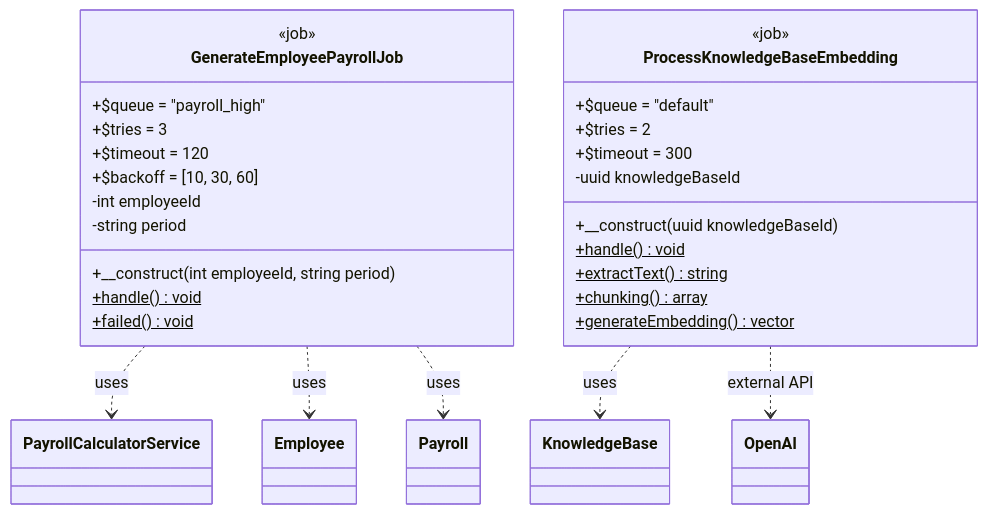
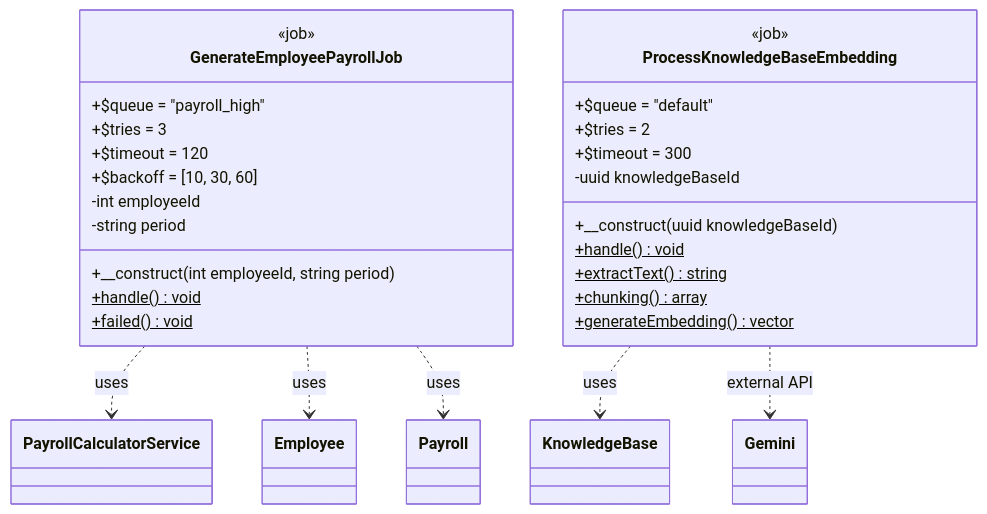
The third of 7 diagrams in docs/architecture/class-diagram.md (Merger2/hrconnect), drawn with Mermaid before and after one commit. The commit also changed other lines of this file and 23 other files, not shown here.

````diff
--- a/docs/architecture/class-diagram.md
+++ b/docs/architecture/class-diagram.md
@@ -587,36 +587,36 @@
 ```mermaid
 classDiagram
     class GenerateEmployeePayrollJob {
         <<job>>
         +$queue = "payroll_high"
         +$tries = 3
         +$timeout = 120
         +$backoff = [10, 30, 60]
         -int employeeId
         -string period
         +__construct(int employeeId, string period)
         +handle()$ void
         +failed()$ void
     }
     
     class ProcessKnowledgeBaseEmbedding {
         <<job>>
         +$queue = "default"
         +$tries = 2
         +$timeout = 300
         -uuid knowledgeBaseId
         +__construct(uuid knowledgeBaseId)
         +handle()$ void
         +extractText()$ string
         +chunking()$ array
         +generateEmbedding()$ vector
     }
     
     %% Dependencies
     GenerateEmployeePayrollJob ..> PayrollCalculatorService : uses
     GenerateEmployeePayrollJob ..> Employee : uses
     GenerateEmployeePayrollJob ..> Payroll : uses
     
     ProcessKnowledgeBaseEmbedding ..> KnowledgeBase : uses
-    ProcessKnowledgeBaseEmbedding ..> OpenAI : external API
+    ProcessKnowledgeBaseEmbedding ..> Gemini : external API
 ```
````
